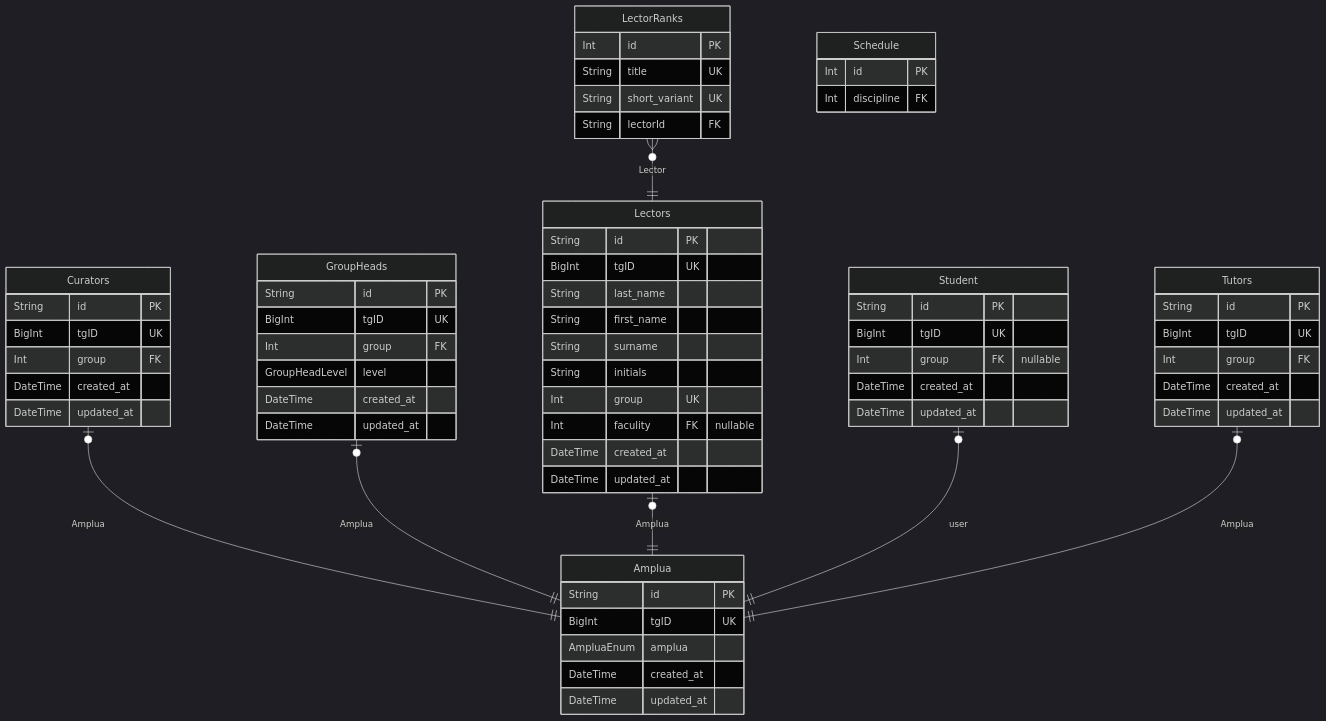
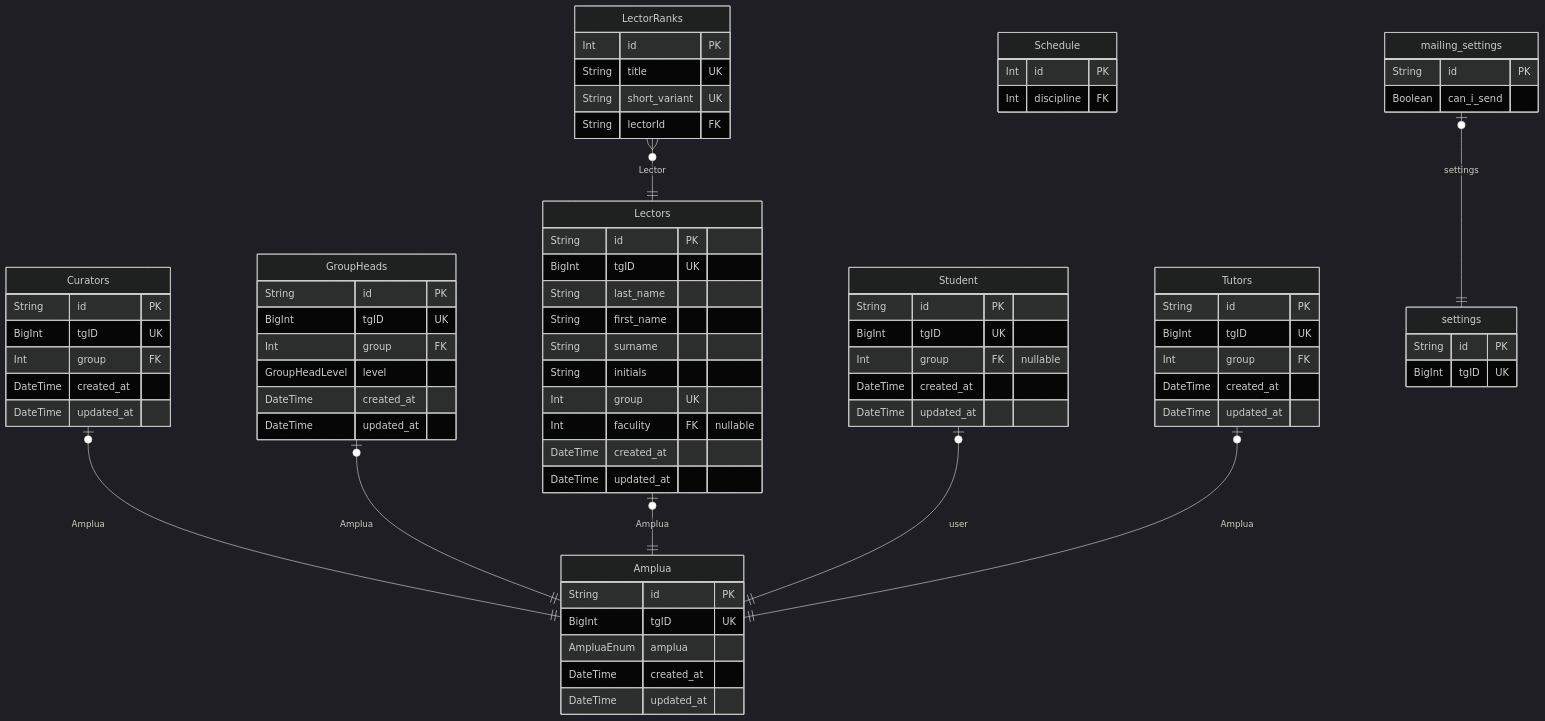
The third of 3 diagrams in packages/db/prisma/DatabaseSchema.md (NeatDeveloper/Thodle), drawn with Mermaid (dark theme) before and after one commit. The commit also changed other lines of this file and 45 other files, not shown here.

````diff
--- a/packages/db/prisma/DatabaseSchema.md
+++ b/packages/db/prisma/DatabaseSchema.md
@@ -205,67 +203,76 @@
 ```mermaid
 erDiagram
 "Amplua" {
   String id PK
   BigInt tgID UK
   AmpluaEnum amplua
   DateTime created_at
   DateTime updated_at
 }
 "Curators" {
   String id PK
   BigInt tgID UK
   Int group FK
   DateTime created_at
   DateTime updated_at
 }
 "GroupHeads" {
   String id PK
   BigInt tgID UK
   Int group FK
   GroupHeadLevel level
   DateTime created_at
   DateTime updated_at
 }
 "Lectors" {
   String id PK
   BigInt tgID UK
   String last_name
   String first_name
   String surname
   String initials
   Int group UK
   Int faculity FK "nullable"
   DateTime created_at
   DateTime updated_at
 }
 "LectorRanks" {
   Int id PK
   String title UK
   String short_variant UK
   String lectorId FK
 }
 "Student" {
   String id PK
   BigInt tgID UK
   Int group FK "nullable"
   DateTime created_at
   DateTime updated_at
 }
 "Tutors" {
   String id PK
   BigInt tgID UK
   Int group FK
   DateTime created_at
   DateTime updated_at
 }
 "Schedule" {
   Int id PK
   Int discipline FK
 }
+"mailing_settings" {
+  String id PK
+  Boolean can_i_send
+}
+"settings" {
+  String id PK
+  BigInt tgID UK
+}
 "Curators" |o--|| "Amplua" : Amplua
 "GroupHeads" |o--|| "Amplua" : Amplua
 "Lectors" |o--|| "Amplua" : Amplua
 "LectorRanks" }o--|| "Lectors" : Lector
 "Student" |o--|| "Amplua" : user
 "Tutors" |o--|| "Amplua" : Amplua
+"mailing_settings" |o--|| "settings" : settings
 ```
````
